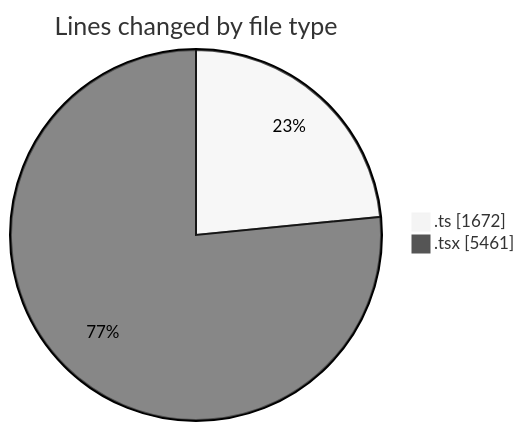
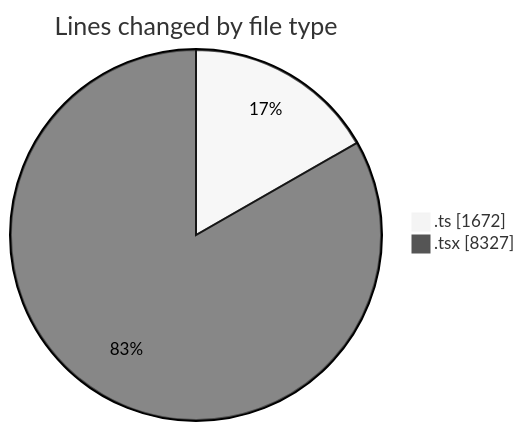
One commit to nxtqubesakshisongat/code-tracking changed the first of 2 diagrams in 2026-08-21/nxtqube_webapp/README.md. Above: the diagram before and after it, drawn with Mermaid (neutral theme). The commit also changed other lines of this file and 1 other file, not shown here.

````diff
--- a/2026-08-21/nxtqube_webapp/README.md
+++ b/2026-08-21/nxtqube_webapp/README.md
@@ -38,6 +42,6 @@
 ```mermaid
 pie showData
 title Lines changed by file type
 ".ts" : 1672
-".tsx" : 5461
+".tsx" : 8327
 ```
````
